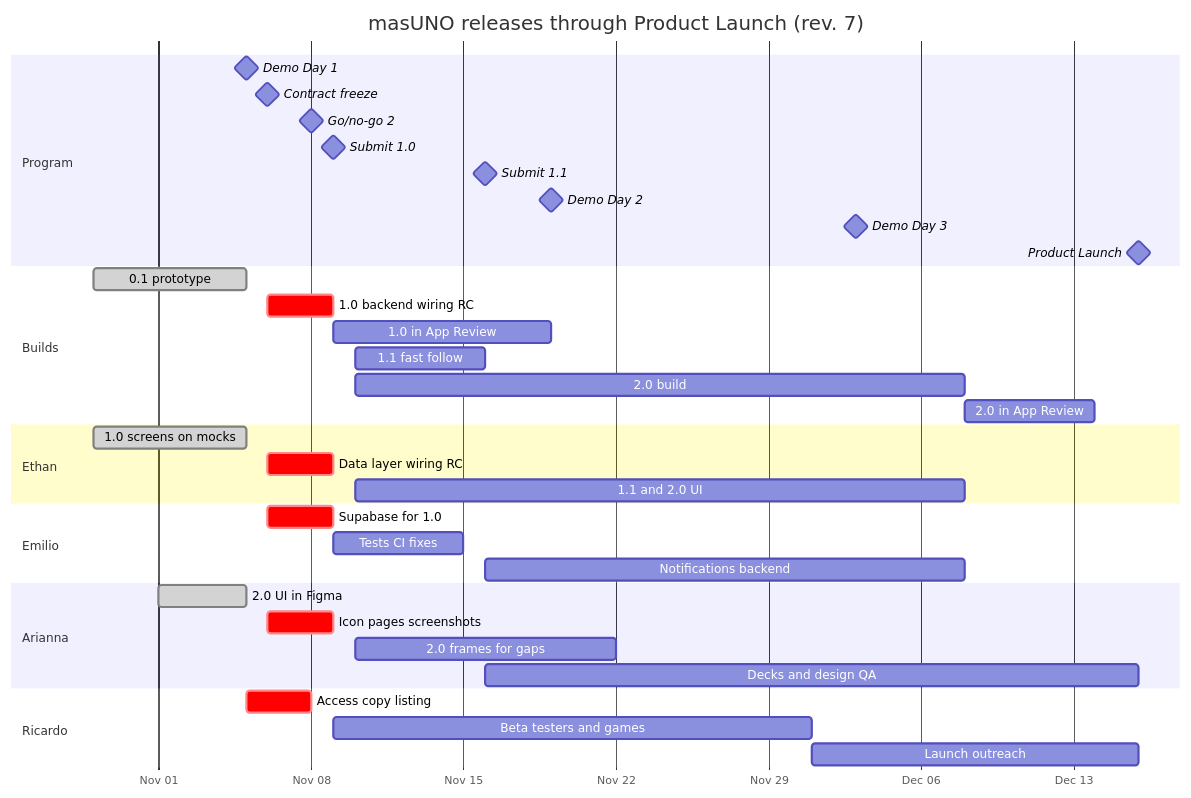
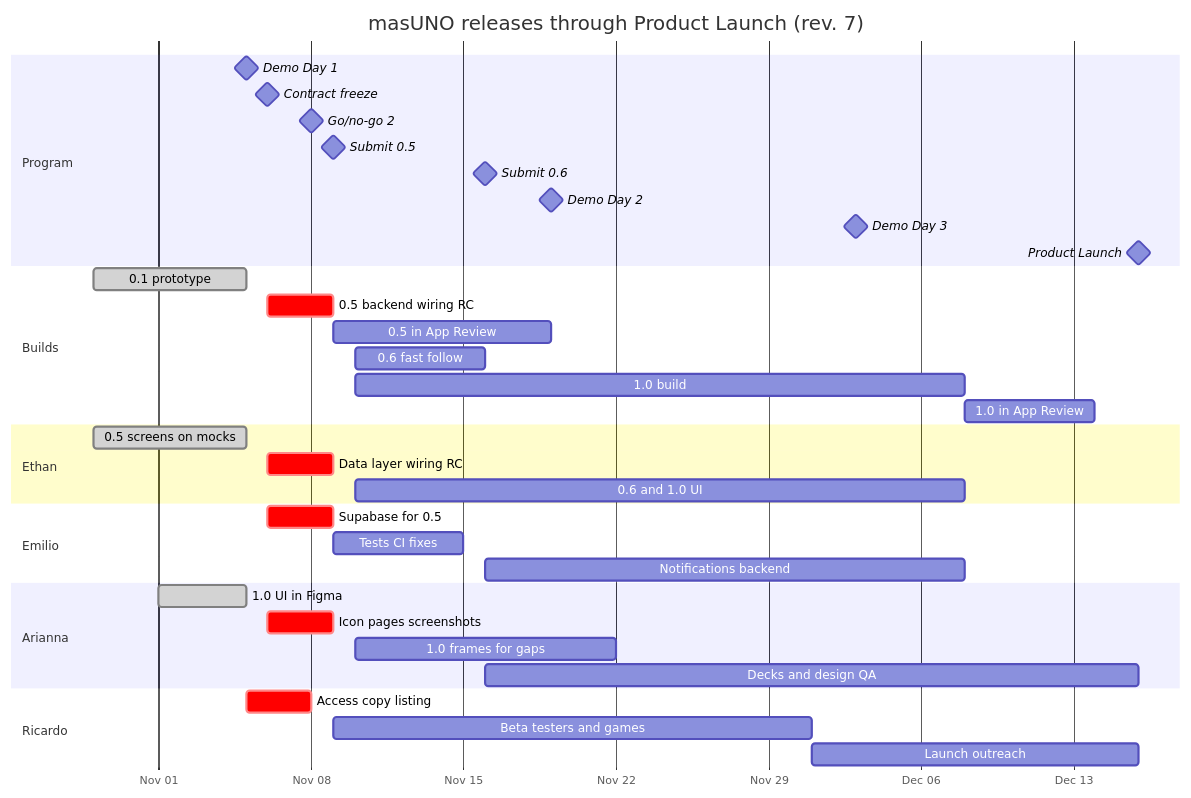
Before and after one commit to masUNO-app/ios: the diagram in docs/SPEC.md, drawn with Mermaid. The commit also changed other lines of this file and 13 other files, not shown here.

````diff
--- a/docs/SPEC.md
+++ b/docs/SPEC.md
@@ -252,39 +254,39 @@
 ```mermaid
 gantt
   title masUNO releases through Product Launch (rev. 7)
   dateFormat YYYY-MM-DD
   axisFormat %b %d
   section Program
   Demo Day 1              :milestone, 2026-11-05, 0d
   Contract freeze         :milestone, 2026-11-06, 0d
   Go/no-go 2              :milestone, 2026-11-08, 0d
-  Submit 1.0              :milestone, 2026-11-09, 0d
-  Submit 1.1              :milestone, 2026-11-16, 0d
+  Submit 0.5              :milestone, 2026-11-09, 0d
+  Submit 0.6              :milestone, 2026-11-16, 0d
   Demo Day 2              :milestone, 2026-11-19, 0d
   Demo Day 3              :milestone, 2026-12-03, 0d
   Product Launch          :milestone, 2026-12-16, 0d
   section Builds
   0.1 prototype           :done, 2026-10-29, 2026-11-05
-  1.0 backend wiring RC   :crit, 2026-11-06, 2026-11-09
-  1.0 in App Review       :2026-11-09, 2026-11-19
-  1.1 fast follow         :2026-11-10, 2026-11-16
-  2.0 build               :2026-11-10, 2026-12-08
-  2.0 in App Review       :2026-12-08, 2026-12-14
+  0.5 backend wiring RC   :crit, 2026-11-06, 2026-11-09
+  0.5 in App Review       :2026-11-09, 2026-11-19
+  0.6 fast follow         :2026-11-10, 2026-11-16
+  1.0 build               :2026-11-10, 2026-12-08
+  1.0 in App Review       :2026-12-08, 2026-12-14
   section Ethan
-  1.0 screens on mocks    :done, 2026-10-29, 2026-11-05
+  0.5 screens on mocks    :done, 2026-10-29, 2026-11-05
   Data layer wiring RC    :crit, 2026-11-06, 2026-11-09
-  1.1 and 2.0 UI          :2026-11-10, 2026-12-08
+  0.6 and 1.0 UI          :2026-11-10, 2026-12-08
   section Emilio
-  Supabase for 1.0        :crit, 2026-11-06, 2026-11-09
+  Supabase for 0.5        :crit, 2026-11-06, 2026-11-09
   Tests CI fixes          :2026-11-09, 2026-11-15
   Notifications backend   :2026-11-16, 2026-12-08
   section Arianna
-  2.0 UI in Figma         :done, 2026-11-01, 2026-11-05
+  1.0 UI in Figma         :done, 2026-11-01, 2026-11-05
   Icon pages screenshots  :crit, 2026-11-06, 2026-11-09
-  2.0 frames for gaps     :2026-11-10, 2026-11-22
+  1.0 frames for gaps     :2026-11-10, 2026-11-22
   Decks and design QA     :2026-11-16, 2026-12-16
   section Ricardo
   Access copy listing     :crit, 2026-11-05, 2026-11-08
   Beta testers and games  :2026-11-09, 2026-12-01
   Launch outreach         :2026-12-01, 2026-12-16
 ```
````
